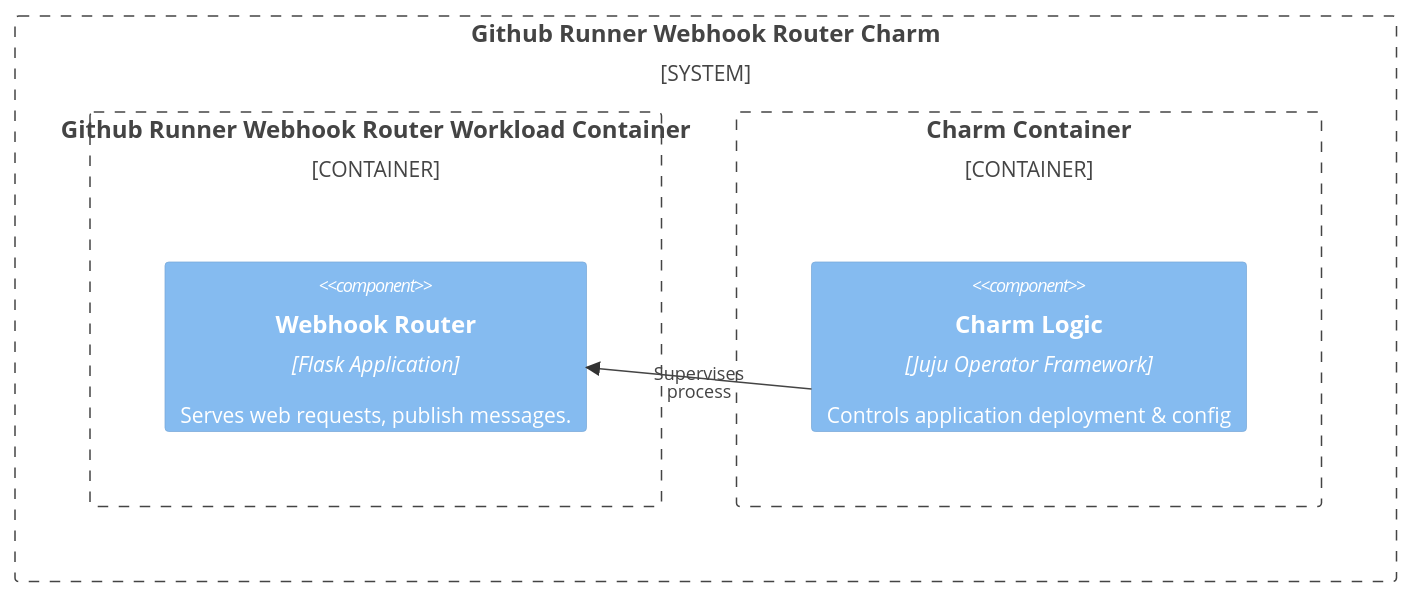
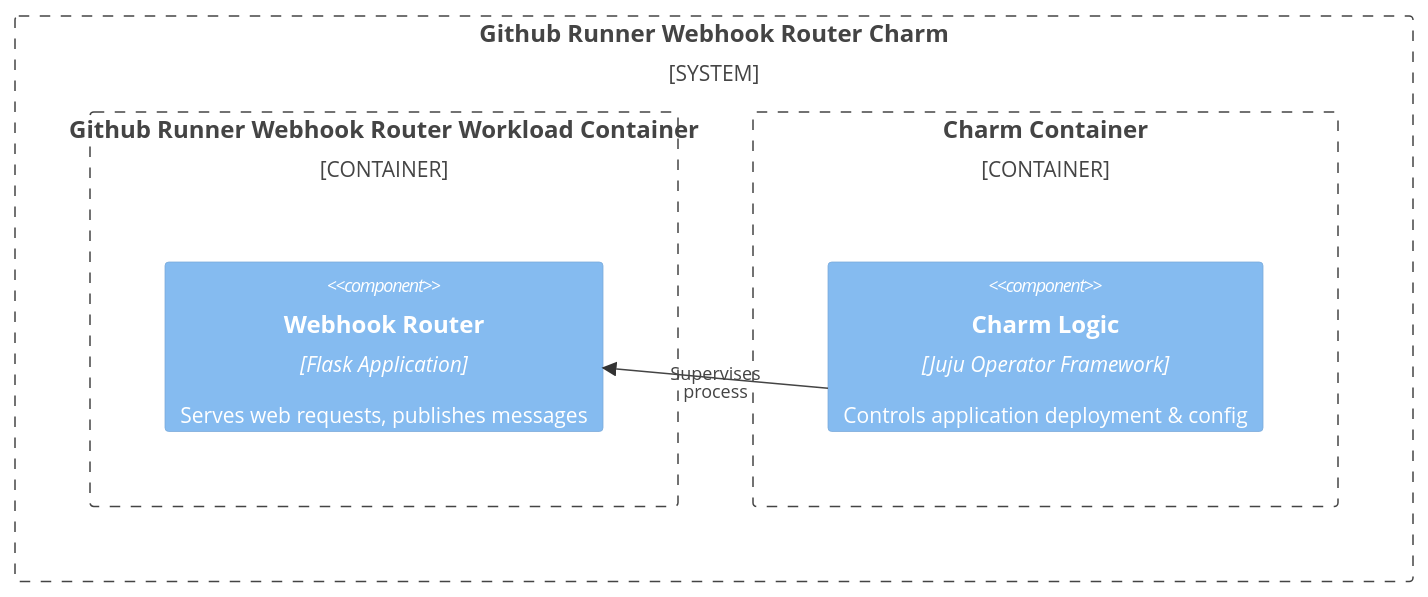
The diagram in charm/docs/charm-architecture.md (canonical/github-runner-webhook-router), drawn with Mermaid before and after one commit. The commit also changed other lines of this file, not shown here.

````diff
--- a/charm/docs/charm-architecture.md
+++ b/charm/docs/charm-architecture.md
@@ -13,19 +13,19 @@
 ```mermaid
 C4Container
 
 System_Boundary(webhookroutercharm, "Github Runner Webhook Router Charm") {
 
     Container_Boundary(webhookrouter_container, "Github Runner Webhook Router Workload Container") {
-        Component(webhookrouter_core, "Webhook Router", "Flask Application", "Serves web requests, publish messages.")
+        Component(webhookrouter_core, "Webhook Router", "Flask Application", "Serves web requests, publishes messages")
     }
 
     Container_Boundary(charm_container, "Charm Container") {
         Component(charm_logic, "Charm Logic", "Juju Operator Framework", "Controls application deployment & config")
     }
 }
 
 Rel(charm_logic, webhookrouter_core, "Supervises<br>process")
 
 UpdateRelStyle(charm_logic, webhookrouter_core, $offsetX="-30")
 
 ```
````
